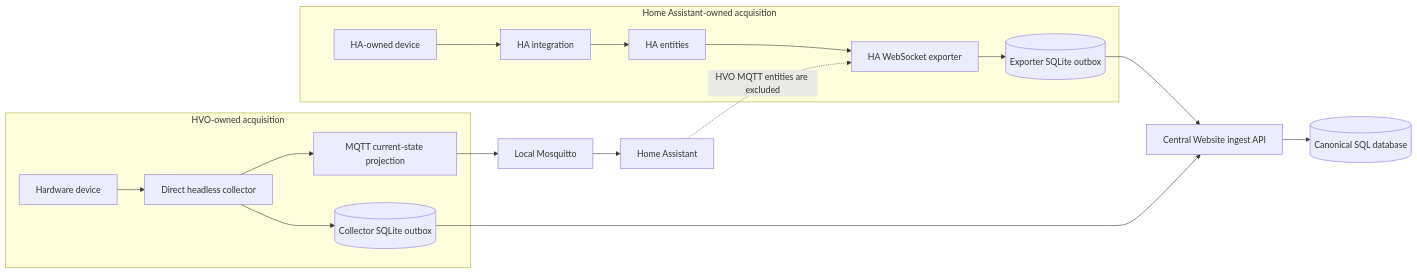
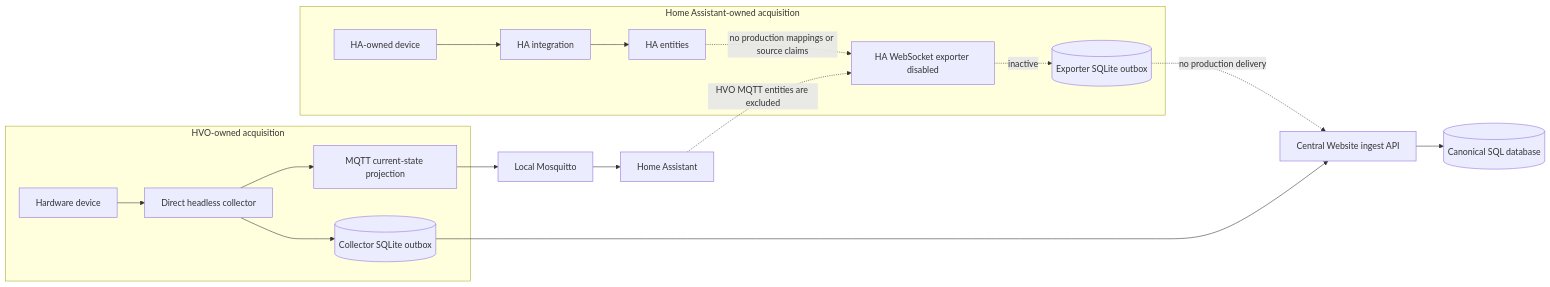
One commit to HualapaiValley/HVO.WebSite changed the first of 7 diagrams in docs/architecture/EDGE_DATA_FLOWS.md. Above: the diagram before and after it, drawn with Mermaid. The commit also changed other lines of this file and 256 other files, not shown here.

````diff
--- a/docs/architecture/EDGE_DATA_FLOWS.md
+++ b/docs/architecture/EDGE_DATA_FLOWS.md
@@ -17,23 +17,23 @@
 ```mermaid
 flowchart LR
     subgraph HVO[HVO-owned acquisition]
         HD[Hardware device] --> DC[Direct headless collector]
         DC --> DM[MQTT current-state projection]
         DC --> DO[(Collector SQLite outbox)]
     end
 
     subgraph HAO[Home Assistant-owned acquisition]
         HAD[HA-owned device] --> HAI[HA integration]
         HAI --> HAE[HA entities]
-        HAE --> HAW[HA WebSocket exporter]
-        HAW --> HAOBOX[(Exporter SQLite outbox)]
+        HAE -. no production mappings or source claims .-> HAW[HA WebSocket exporter disabled]
+        HAW -. inactive .-> HAOBOX[(Exporter SQLite outbox)]
     end
 
     DM --> MQ[Local Mosquitto]
     MQ --> HA[Home Assistant]
     DO --> API[Central Website ingest API]
-    HAOBOX --> API
+    HAOBOX -. no production delivery .-> API
     API --> DB[(Canonical SQL database)]
 
     HA -. HVO MQTT entities are excluded .-> HAW
 ```
````
